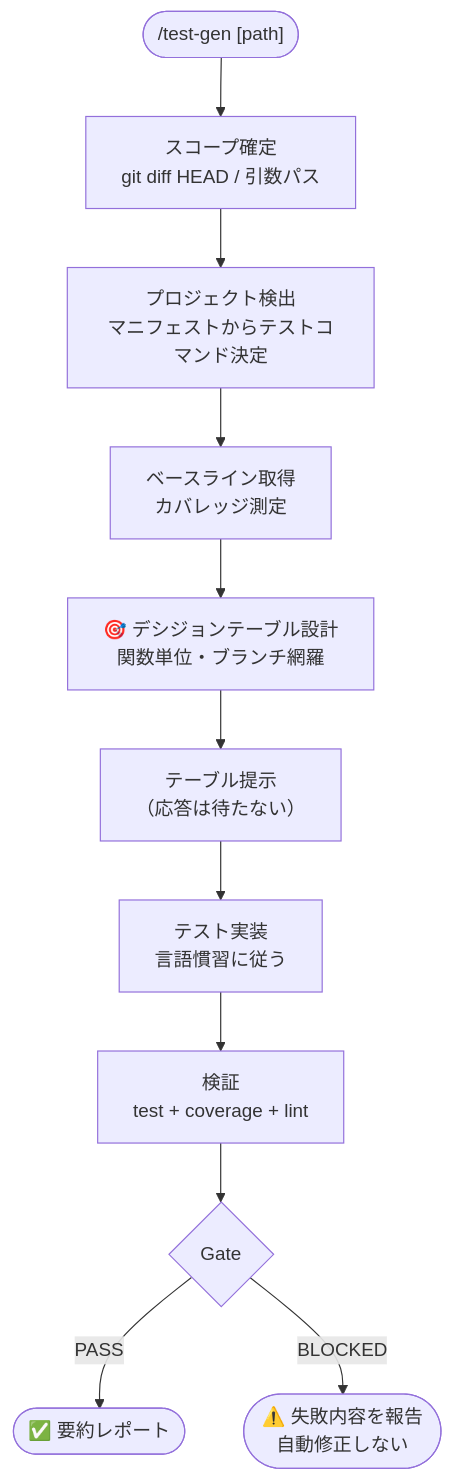
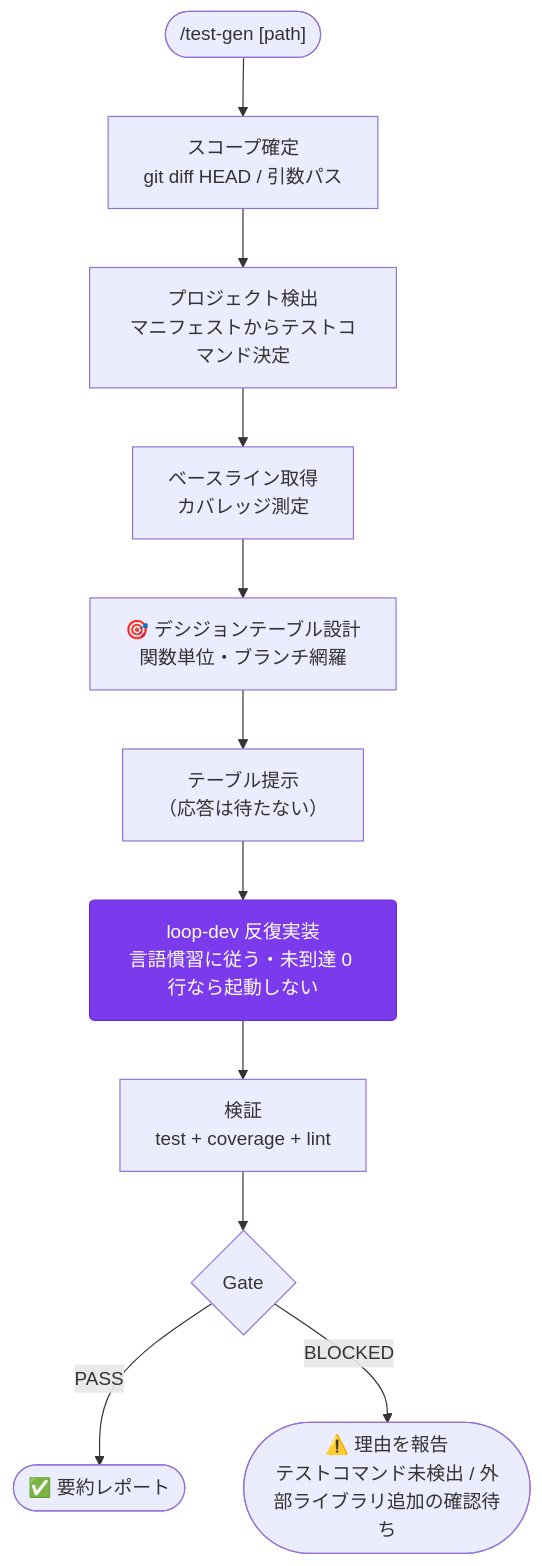
Before and after one commit to aokumablue/claq: the seventh of 19 diagrams in README.md, drawn with Mermaid. The commit also changed other lines of this file, not shown here.

First line of the commit message:
docs(readme): コマンドの段数・ワークフロー図・フック説明を実装に合わせる

````diff
--- a/README.md
+++ b/README.md
@@ -367,16 +378,16 @@
 ```mermaid
 flowchart TD
   classDef cmd    fill:#2563eb,stroke:#1e40af,color:#fff,rx:6
   classDef skill  fill:#7c3aed,stroke:#6d28d9,color:#fff,rx:4
 
   A(["/test-gen [path]"]) --> C["スコープ確定<br/>git diff HEAD / 引数パス"]
   C --> D["プロジェクト検出<br/>マニフェストからテストコマンド決定"]
   D --> E["ベースライン取得<br/>カバレッジ測定"]
   E --> F["🎯 デシジョンテーブル設計<br/>関数単位・ブランチ網羅"]
   F --> G["テーブル提示<br/>（応答は待たない）"]
-  G --> H["テスト実装<br/>言語慣習に従う"]
+  G --> H["loop-dev 反復実装<br/>言語慣習に従う・未到達 0 行なら起動しない"]:::skill
   H --> I["検証<br/>test + coverage + lint"]
   I --> J{"Gate"}
   J -- PASS --> K(["✅ 要約レポート"])
-  J -- BLOCKED --> L(["⚠️ 失敗内容を報告<br/>自動修正しない"])
+  J -- BLOCKED --> L(["⚠️ 理由を報告<br/>テストコマンド未検出 / 外部ライブラリ追加の確認待ち"])
 ```
````
